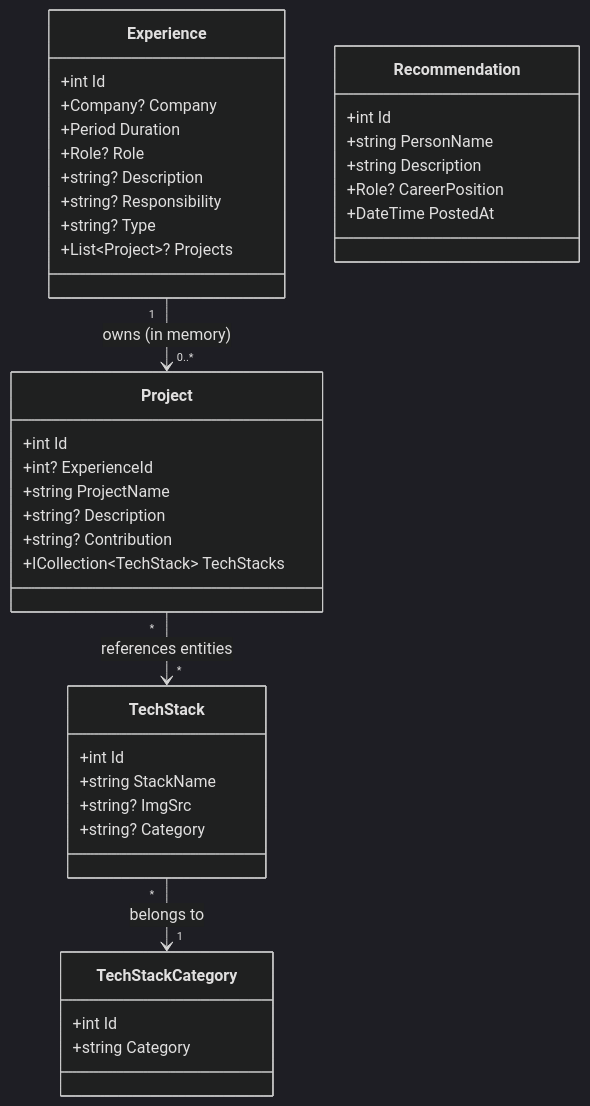
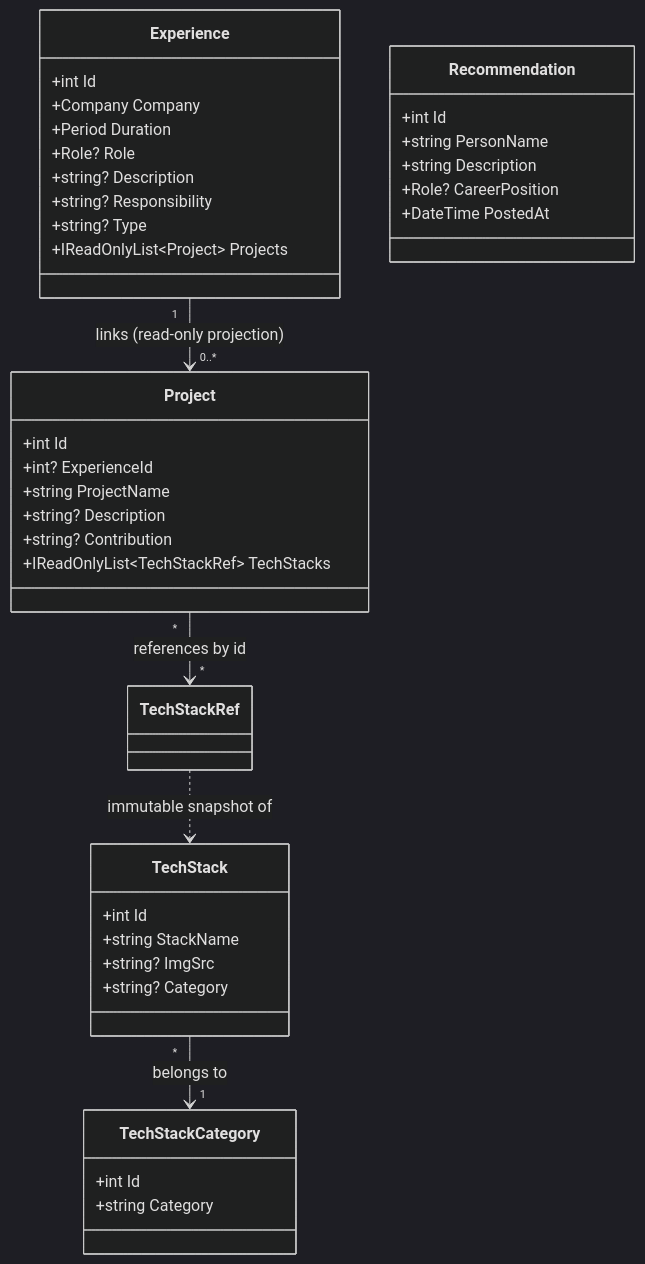
One commit to jobearry/jg-core-backend changed the diagram in .github/docs/domain-model.md. Above: the diagram before and after it, drawn with Mermaid (dark theme). The commit also changed other lines of this file and 43 other files, not shown here.

First line of the commit message:
feat: enforce company name requirement in experience entity

````diff
--- a/.github/docs/domain-model.md
+++ b/.github/docs/domain-model.md
@@ -33,42 +33,43 @@
 ```mermaid
 classDiagram
     class Experience {
         +int Id
-        +Company? Company
+        +Company Company
         +Period Duration
         +Role? Role
         +string? Description
         +string? Responsibility
         +string? Type
-        +List~Project~? Projects
+        +IReadOnlyList~Project~ Projects
     }
     class Project {
         +int Id
         +int? ExperienceId
         +string ProjectName
         +string? Description
         +string? Contribution
-        +ICollection~TechStack~ TechStacks
+        +IReadOnlyList~TechStackRef~ TechStacks
     }
     class TechStack {
         +int Id
         +string StackName
         +string? ImgSrc
         +string? Category
     }
     class TechStackCategory {
         +int Id
         +string Category
     }
     class Recommendation {
         +int Id
         +string PersonName
         +string Description
         +Role? CareerPosition
         +DateTime PostedAt
     }
 
-    Experience "1" --> "0..*" Project : owns (in memory)
-    Project "*" --> "*" TechStack : references entities
+    Experience "1" --> "0..*" Project : links (read-only projection)
+    Project "*" --> "*" TechStackRef : references by id
+    TechStackRef ..> TechStack : immutable snapshot of
     TechStack "*" --> "1" TechStackCategory : belongs to
 ```
````
